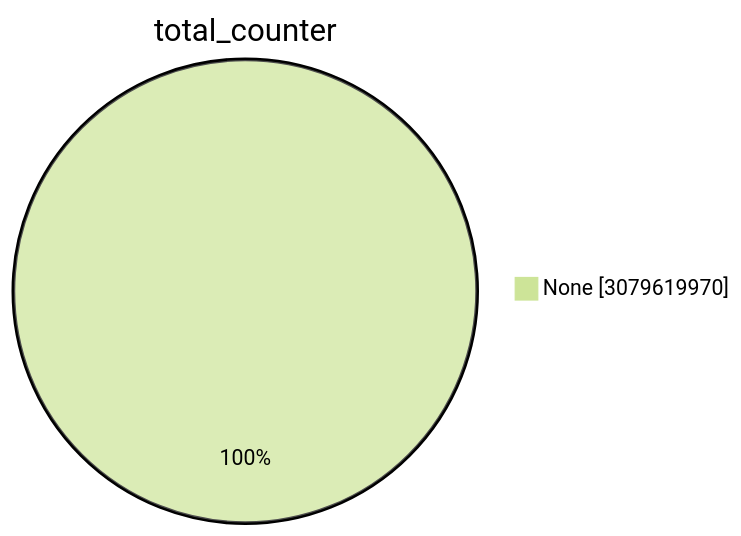
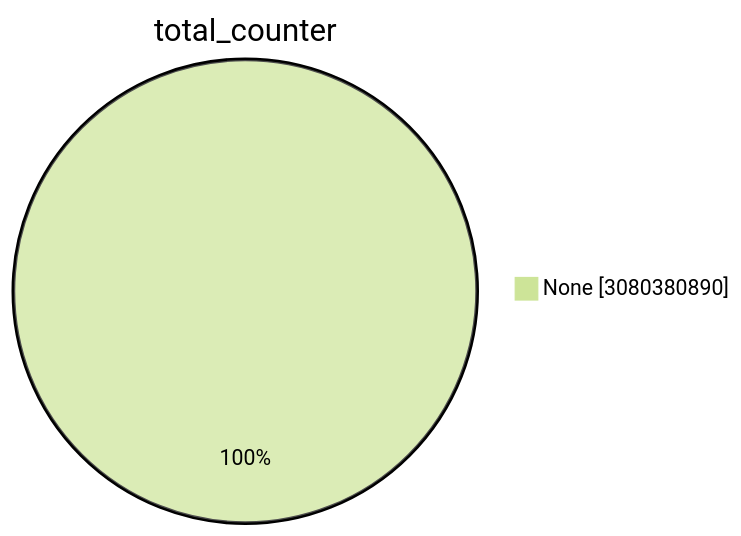
One commit to christiankrug/ctmonitor_visualization changed the first of 15 diagrams in TOTAL/README.md. Above: the diagram before and after it, drawn with Mermaid (forest theme). The commit also changed other lines of this file, not shown here.

````diff
--- a/TOTAL/README.md
+++ b/TOTAL/README.md
@@ -1,5 +1,5 @@
 ```mermaid
 pie showData
 title total_counter
-"None" :3079619970
+"None" :3080380890
 ```
````
